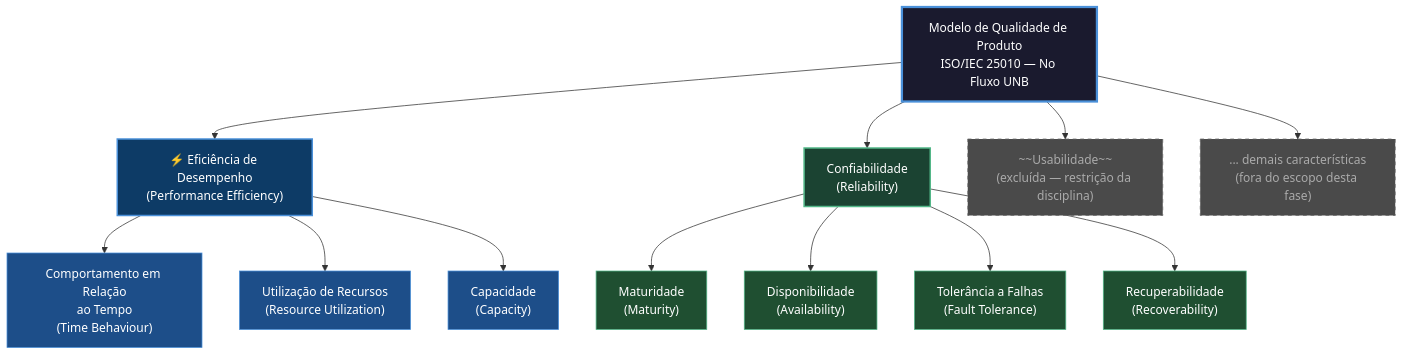
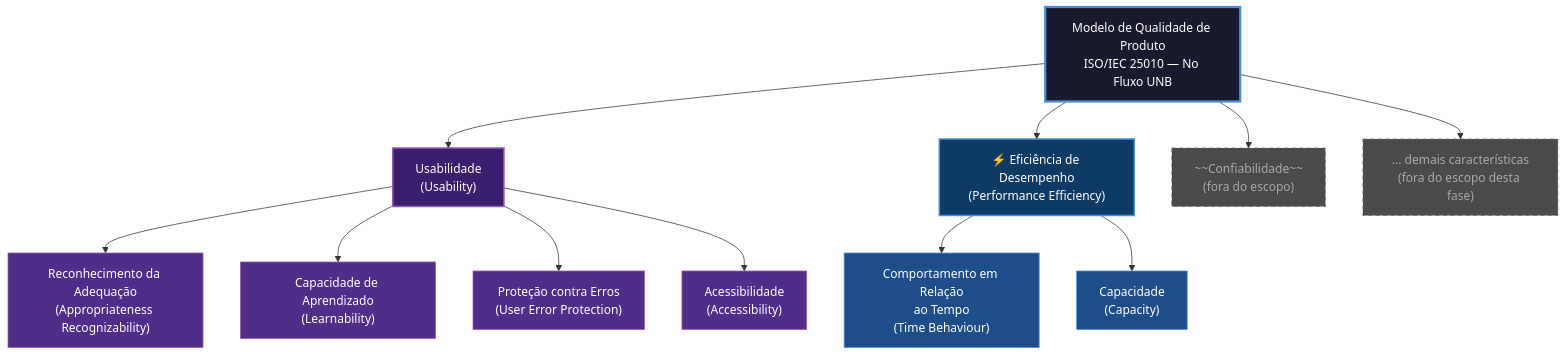
Before and after one commit to Ana-Luiza-SC/2026-1_T01_BETTY_SNYDER: the diagram in docs/fase1/fase1_modelo.md, drawn with Mermaid. The commit also changed other lines of this file, not shown here.

First line of the commit message:
Revise quality model focusing on Usability and Performance

````diff
--- a/docs/fase1/fase1_modelo.md
+++ b/docs/fase1/fase1_modelo.md
@@ -49,31 +52,29 @@
 ```mermaid
 graph TD
     A["Modelo de Qualidade de Produto\nISO/IEC 25010 — No Fluxo UNB"]
 
-    A --> B["⚡ Eficiência de Desempenho\n(Performance Efficiency)"]
-    A --> C["Confiabilidade\n(Reliability)"]
-    A --> Z1["~~Usabilidade~~\n(excluída — restrição da disciplina)"]
+    A --> B["Usabilidade\n(Usability)"]
+    A --> C["⚡ Eficiência de Desempenho\n(Performance Efficiency)"]
+    A --> Z1["~~Confiabilidade~~\n(fora do escopo)"]
     A --> Z2["... demais características\n(fora do escopo desta fase)"]
 
-    B --> B1["Comportamento em Relação\nao Tempo\n(Time Behaviour)"]
-    B --> B2["Utilização de Recursos\n(Resource Utilization)"]
-    B --> B3["Capacidade\n(Capacity)"]
+    B --> B1["Reconhecimento da Adequação\n(Appropriateness Recognizability)"]
+    B --> B2["Capacidade de Aprendizado\n(Learnability)"]
+    B --> B3["Proteção contra Erros\n(User Error Protection)"]
+    B --> B4["Acessibilidade\n(Accessibility)"]
 
-    C --> C1["Maturidade\n(Maturity)"]
-    C --> C2["Disponibilidade\n(Availability)"]
-    C --> C3["Tolerância a Falhas\n(Fault Tolerance)"]
-    C --> C4["Recuperabilidade\n(Recoverability)"]
+    C --> C1["Comportamento em Relação\nao Tempo\n(Time Behaviour)"]
+    C --> C2["Capacidade\n(Capacity)"]
 
     style A fill:#1a1a2e,color:#ffffff,stroke:#4a90d9,stroke-width:3px
-    style B fill:#0d3b66,color:#ffffff,stroke:#4a90d9,stroke-width:2px
-    style C fill:#1b4332,color:#ffffff,stroke:#52b788,stroke-width:2px
-    style B1 fill:#1d4e89,color:#ffffff,stroke:#4a90d9
-    style B2 fill:#1d4e89,color:#ffffff,stroke:#4a90d9
-    style B3 fill:#1d4e89,color:#ffffff,stroke:#4a90d9
-    style C1 fill:#1f4f31,color:#ffffff,stroke:#52b788
-    style C2 fill:#1f4f31,color:#ffffff,stroke:#52b788
-    style C3 fill:#1f4f31,color:#ffffff,stroke:#52b788
-    style C4 fill:#1f4f31,color:#ffffff,stroke:#52b788
+    style B fill:#3b1f6e,color:#ffffff,stroke:#9b59b6,stroke-width:2px
+    style C fill:#0d3b66,color:#ffffff,stroke:#4a90d9,stroke-width:2px
+    style B1 fill:#512d8a,color:#ffffff,stroke:#9b59b6
+    style B2 fill:#512d8a,color:#ffffff,stroke:#9b59b6
+    style B3 fill:#512d8a,color:#ffffff,stroke:#9b59b6
+    style B4 fill:#512d8a,color:#ffffff,stroke:#9b59b6
+    style C1 fill:#1d4e89,color:#ffffff,stroke:#4a90d9
+    style C2 fill:#1d4e89,color:#ffffff,stroke:#4a90d9
     style Z1 fill:#4a4a4a,color:#aaaaaa,stroke:#666666,stroke-dasharray:5 5
     style Z2 fill:#4a4a4a,color:#aaaaaa,stroke:#666666,stroke-dasharray:5 5
 ```
````
